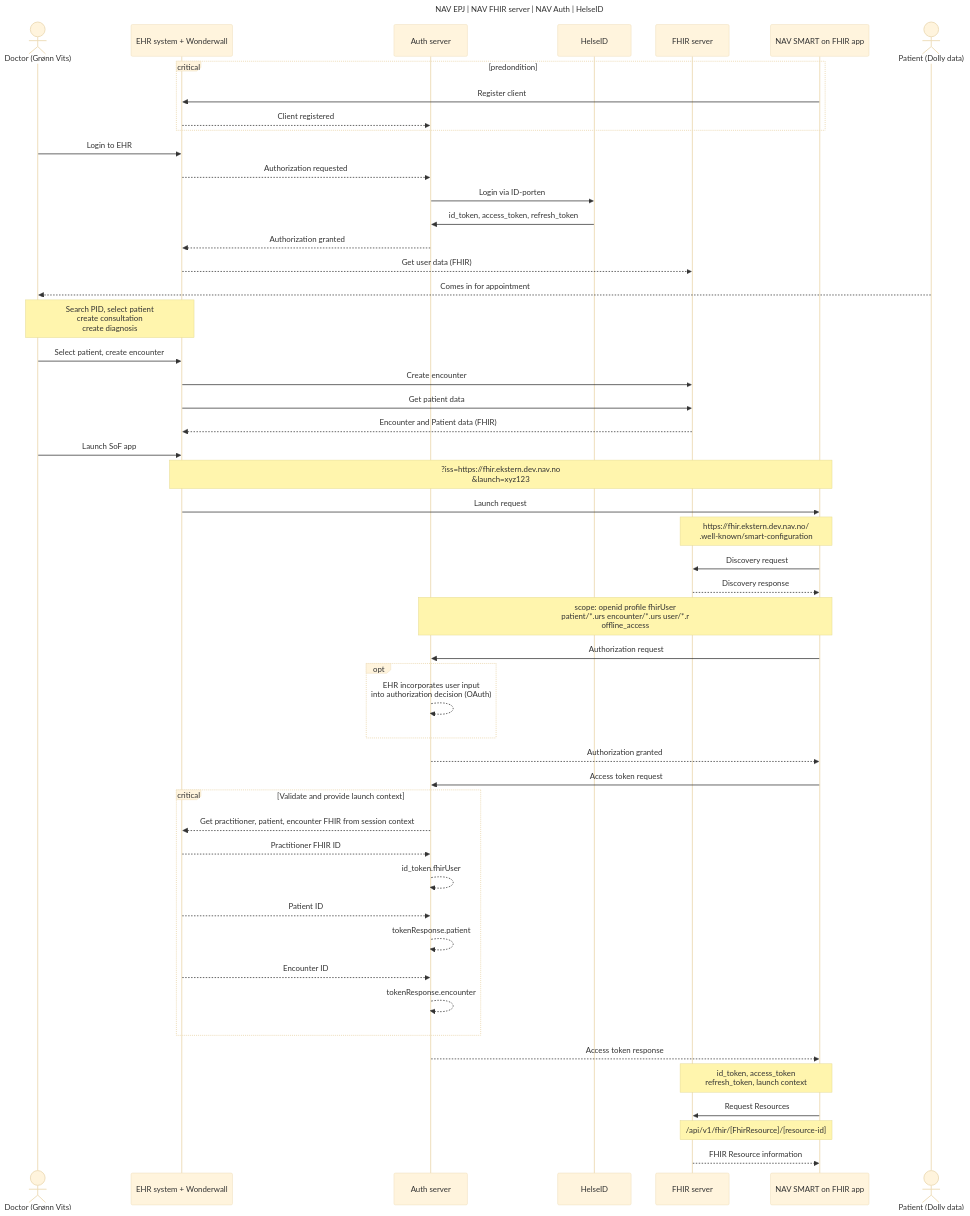
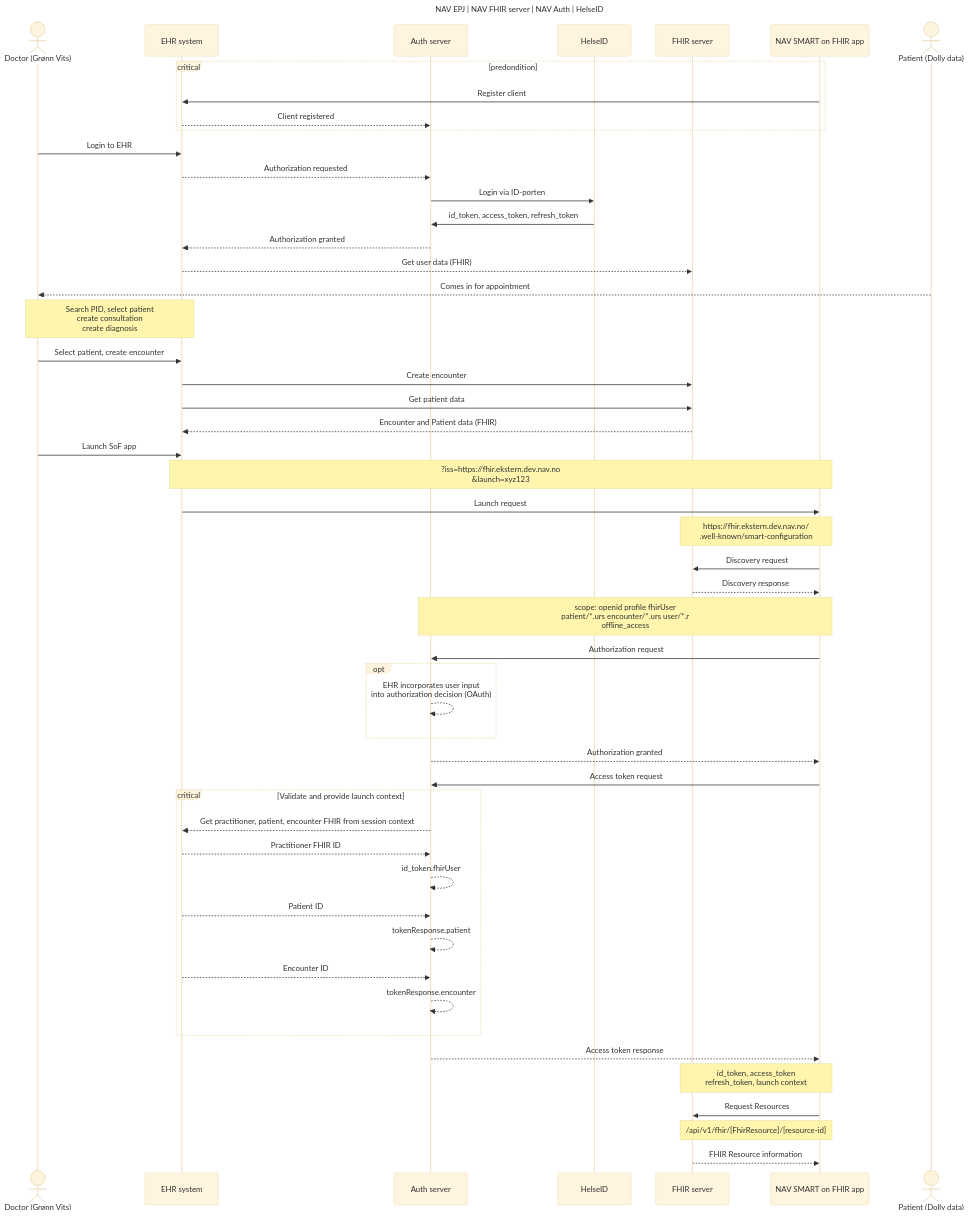
Before and after one commit to navikt/nav-epj-auth-server: the diagram in README.md, drawn with Mermaid (base theme).

Commit message:
remove wonderwall flow

````diff
--- a/README.md
+++ b/README.md
@@ -24,57 +24,57 @@
 ```mermaid
 ---
 title: NAV EPJ | NAV FHIR server | NAV Auth | HelseID
 ---
 sequenceDiagram
     actor DOC as Doctor (Grønn Vits)
-    participant EHR as EHR system + Wonderwall
+    participant EHR as EHR system
     participant AUTH as Auth server
     participant HID as HelseID
     participant FHIR as FHIR server
     participant NAV as NAV SMART on FHIR app
     actor PAT as Patient (Dolly data)
     
     critical predondition 
         NAV ->> EHR: Register client
         EHR -->> AUTH: Client registered
     end
     DOC ->> EHR: Login to EHR
     EHR -->> AUTH:  Authorization requested
     AUTH ->> HID: Login via ID-porten
     HID ->> AUTH: id_token, access_token, refresh_token
     AUTH -->> EHR:  Authorization granted
     EHR -->> FHIR:  Get user data (FHIR)
     PAT -->> DOC: Comes in for appointment
     Note over DOC,EHR: Search PID, select patient<br>create consultation<br>create diagnosis
     DOC ->> EHR: Select patient, create encounter
     EHR ->> FHIR: Create encounter
     EHR ->> FHIR: Get patient data
     FHIR -->> EHR: Encounter and Patient data (FHIR)
     DOC ->> EHR: Launch SoF app
     Note over EHR,NAV: ?iss=https://fhir.ekstern.dev.nav.no<br>&launch=xyz123
     EHR ->> NAV: Launch request
     Note over NAV,FHIR: https://fhir.ekstern.dev.nav.no/<br>.well-known/smart-configuration
     NAV ->> FHIR: Discovery request
     FHIR -->> NAV: Discovery response
     Note over NAV,AUTH: scope: openid profile fhirUser<br>patient/*.urs encounter/*.urs user/*.r<br>offline_access
     NAV ->> AUTH: Authorization request
     opt
         AUTH -->> AUTH: EHR incorporates user input<br>into authorization decision (OAuth)
     end
     AUTH -->> NAV: Authorization granted
     NAV ->> AUTH: Access token request
     critical Validate and provide launch context
         AUTH -->> EHR: Get practitioner, patient, encounter FHIR from session context
         EHR -->> AUTH: Practitioner FHIR ID
         AUTH -->> AUTH: id_token.fhirUser
         EHR -->> AUTH: Patient ID
         AUTH -->> AUTH: tokenResponse.patient
         EHR -->> AUTH: Encounter ID
         AUTH -->> AUTH: tokenResponse.encounter
     end
     AUTH -->> NAV: Access token response
     Note over NAV,FHIR: id_token, access_token<br>refresh_token, launch context
     NAV ->> FHIR: Request Resources
     Note over FHIR,NAV: /api/v1/fhir/[FhirResource]/[resource-id]
     FHIR -->> NAV: FHIR Resource information
 ```
````
